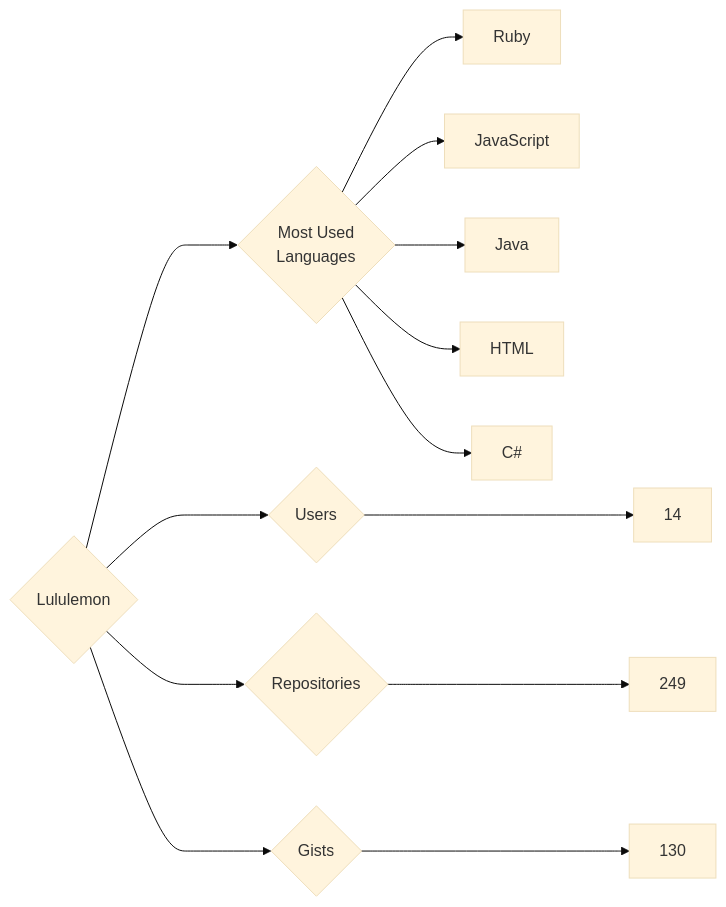
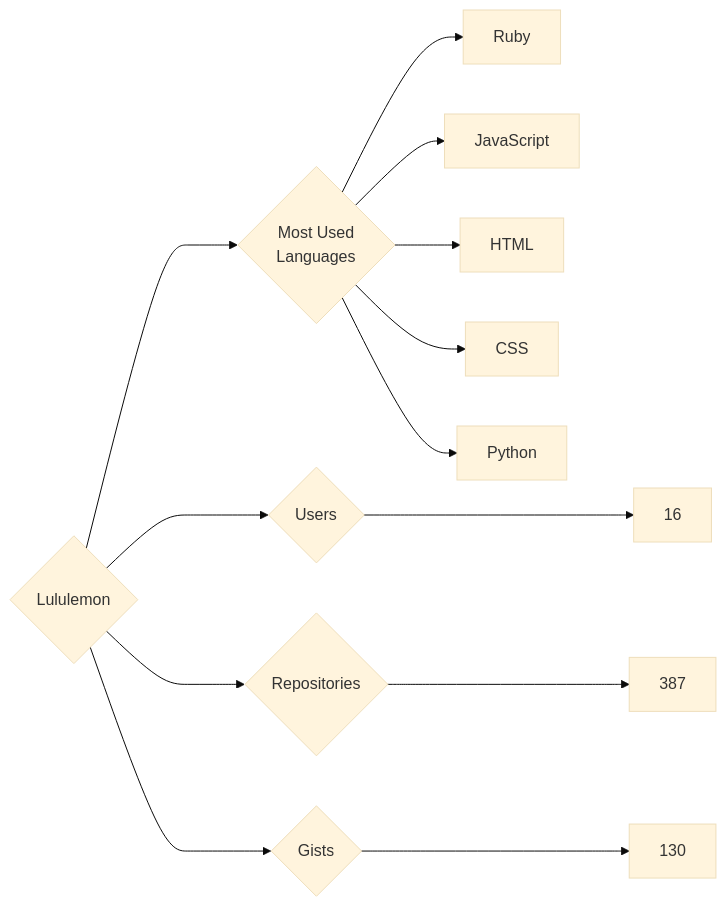
The diagram in targets/Lululemon/README.md (trickest/insiders), drawn with Mermaid (base theme) before and after one commit. The commit also changed 622 other files, not shown here.

````diff
--- a/targets/Lululemon/README.md
+++ b/targets/Lululemon/README.md
@@ -3,13 +3,13 @@
 ```mermaid
 graph LR
 COMPANY_NAME{Lululemon}
-COMPANY_NAME ---> U{Users} ---> UN[14]
-COMPANY_NAME ---> R{Repositories} ---> RN[249]
+COMPANY_NAME ---> U{Users} ---> UN[16]
+COMPANY_NAME ---> R{Repositories} ---> RN[387]
 COMPANY_NAME ---> G{Gists} ---> GN[130]
 COMPANY_NAME ---> ML{Most Used<br>Languages}
 ML --> Ruby[Ruby]
 ML --> JavaScript[JavaScript]
-ML --> Java[Java]
 ML --> HTML[HTML]
-ML --> C#[C#]
+ML --> CSS[CSS]
+ML --> Python[Python]
 ```
````
